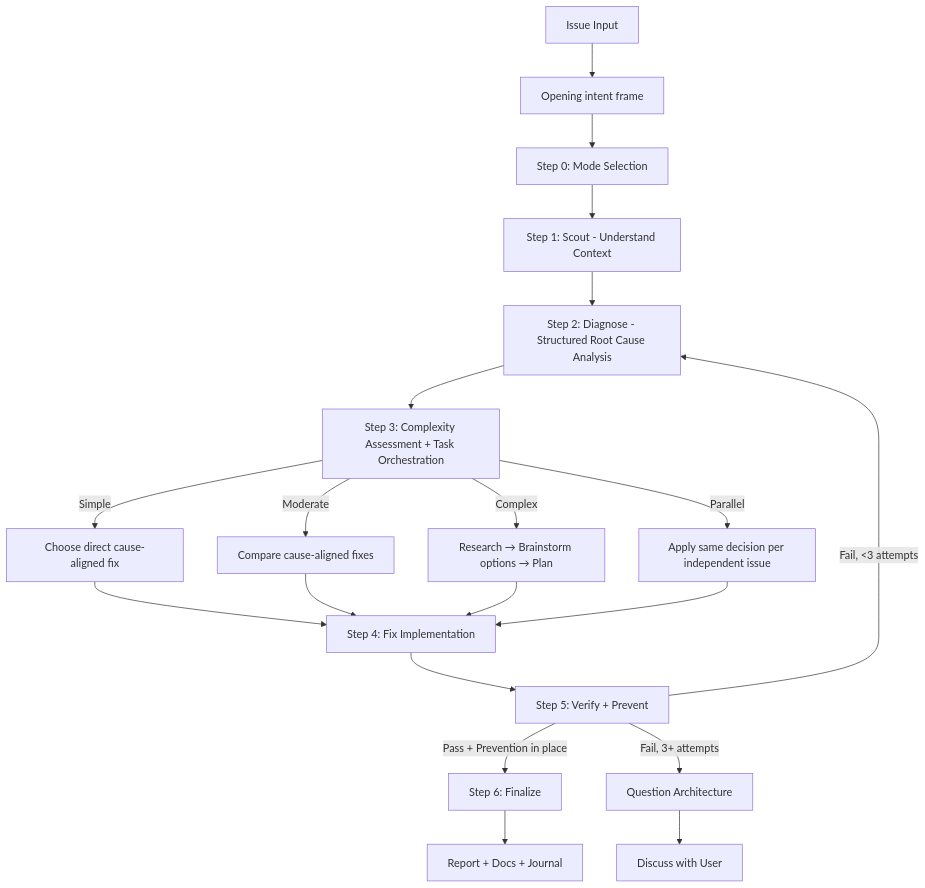
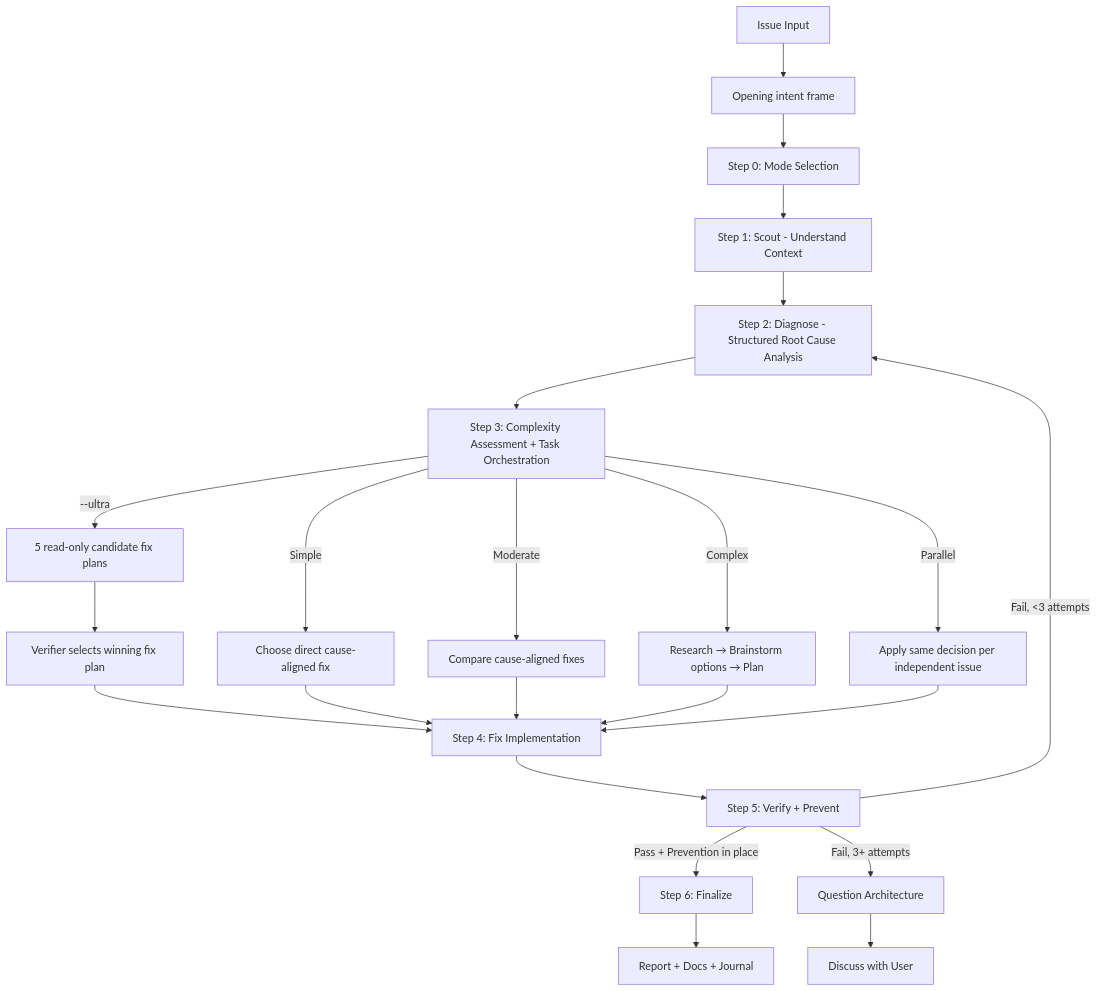
Before and after one commit to quanganh208/chatofy: the diagram in .claude/skills/ak-fix/SKILL.md, drawn with Mermaid. The commit also changed other lines of this file and 45 other files, not shown here.

````diff
--- a/.claude/skills/ak-fix/SKILL.md
+++ b/.claude/skills/ak-fix/SKILL.md
@@ -144,22 +134,24 @@
 ```mermaid
 flowchart TD
     A[Issue Input] --> A2[Opening intent frame]
     A2 --> B[Step 0: Mode Selection]
     B --> C[Step 1: Scout - Understand Context]
     C --> D[Step 2: Diagnose - Structured Root Cause Analysis]
     D --> E[Step 3: Complexity Assessment + Task Orchestration]
     E -->|Simple| F[Choose direct cause-aligned fix]
     E -->|Moderate| G[Compare cause-aligned fixes]
     E -->|Complex| H[Research → Brainstorm options → Plan]
     E -->|Parallel| I[Apply same decision per independent issue]
+    E -->|"--ultra"| U[5 read-only candidate fix plans] --> V[Verifier selects winning fix plan]
+    V --> J
     F --> J[Step 4: Fix Implementation]
     G --> J
     H --> J
     I --> J
     J --> K[Step 5: Verify + Prevent]
     K -->|Pass + Prevention in place| L[Step 6: Finalize]
     K -->|Fail, <3 attempts| D
     K -->|Fail, 3+ attempts| M[Question Architecture]
     M --> N[Discuss with User]
     L --> O[Report + Docs + Journal]
 ```
````
